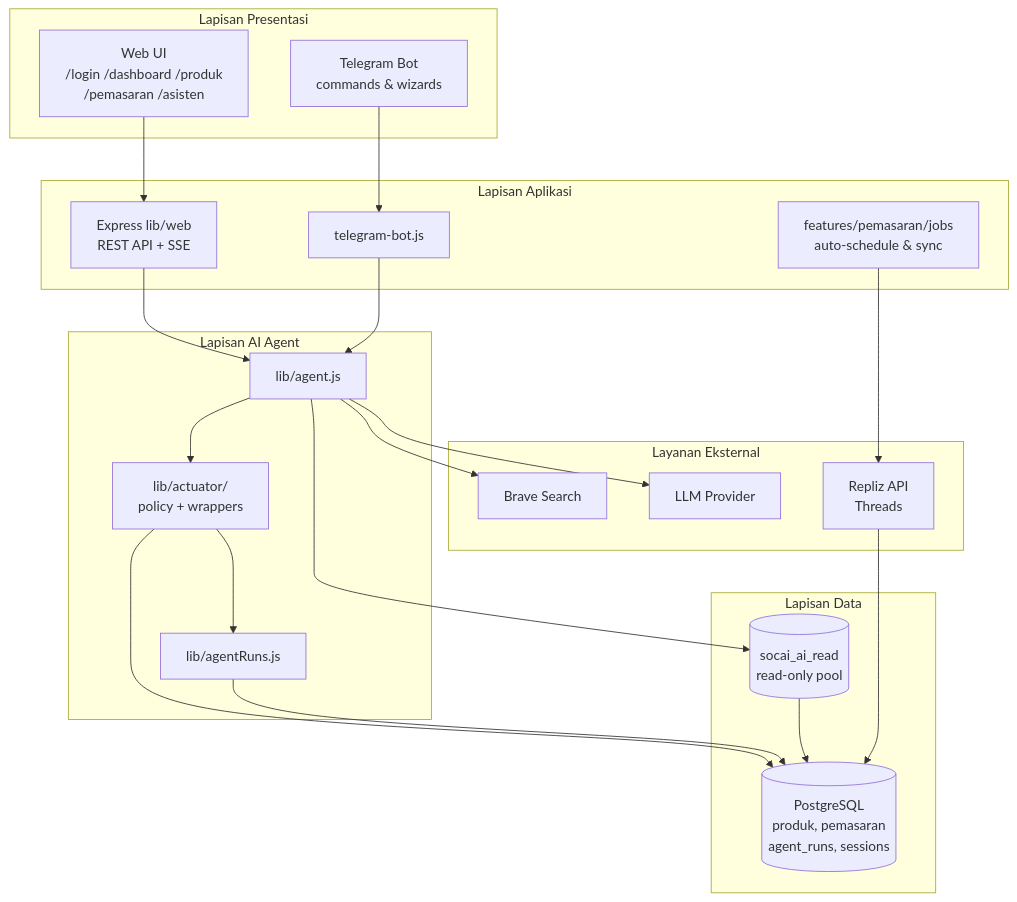
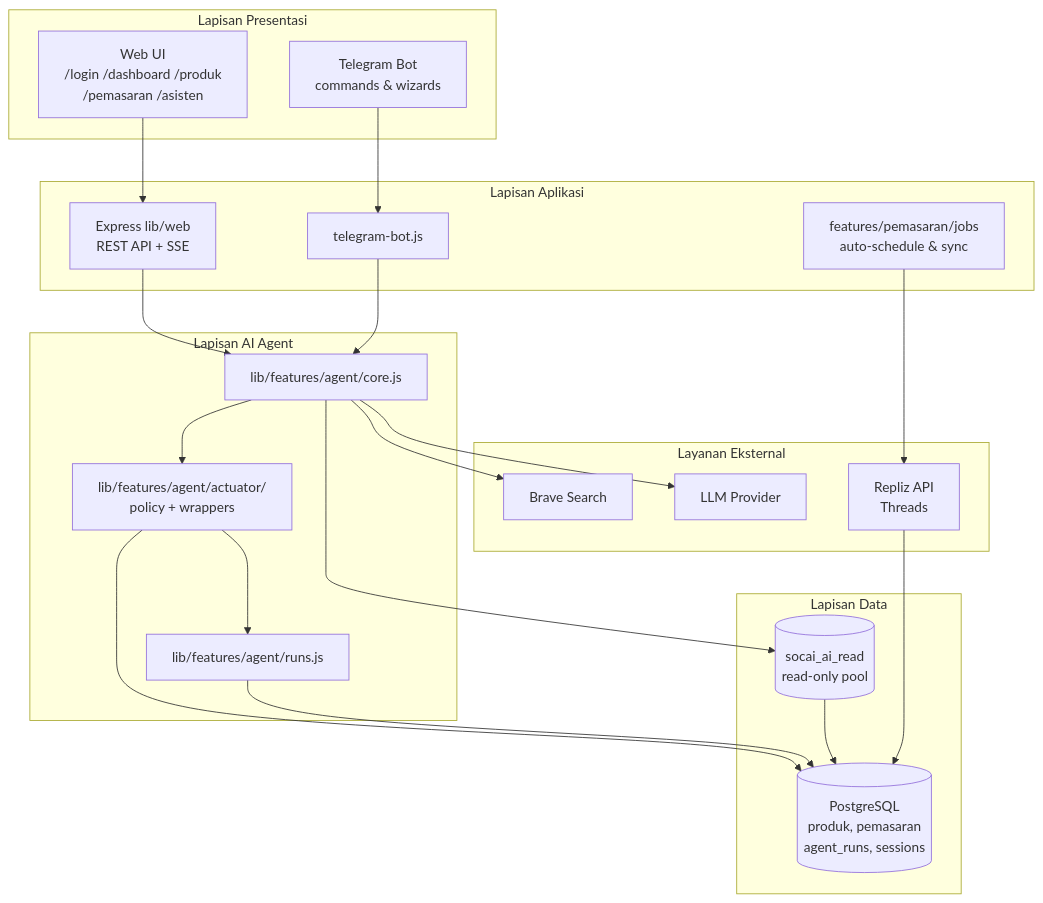
One commit to iggbudi/socai changed the second of 12 diagrams in README.md. Above: the diagram before and after it, drawn with Mermaid. The commit also changed other lines of this file and 37 other files, not shown here.

Commit message:
refactor(agent): move agent feature to lib/features/ (vertical slicing F6)

````diff
--- a/README.md
+++ b/README.md
@@ -127,41 +127,41 @@
 ```mermaid
 flowchart TB
     subgraph Presentation["Lapisan Presentasi"]
         WEB["Web UI\n/login /dashboard /produk\n/pemasaran /asisten"]
         TG["Telegram Bot\ncommands & wizards"]
     end
 
     subgraph Application["Lapisan Aplikasi"]
         EXP["Express lib/web\nREST API + SSE"]
         BOT["telegram-bot.js"]
         JOBS["features/pemasaran/jobs\nauto-schedule & sync"]
     end
 
     subgraph Agent["Lapisan AI Agent"]
-        AG["lib/agent.js"]
-        ACT["lib/actuator/\npolicy + wrappers"]
-        AR["lib/agentRuns.js"]
+        AG["lib/features/agent/core.js"]
+        ACT["lib/features/agent/actuator/\npolicy + wrappers"]
+        AR["lib/features/agent/runs.js"]
     end
 
     subgraph Data["Lapisan Data"]
         PG[("PostgreSQL\nproduk, pemasaran\nagent_runs, sessions")]
         RO[("socai_ai_read\nread-only pool")]
     end
 
     subgraph External["Layanan Eksternal"]
         REP["Repliz API\nThreads"]
         LLM["LLM Provider"]
         BR["Brave Search"]
     end
 
     WEB --> EXP
     TG --> BOT
     EXP --> AG
     BOT --> AG
     AG --> ACT --> PG
     ACT --> AR --> PG
     AG --> RO --> PG
     AG --> BR
     AG --> LLM
     JOBS --> REP --> PG
 ```
````
